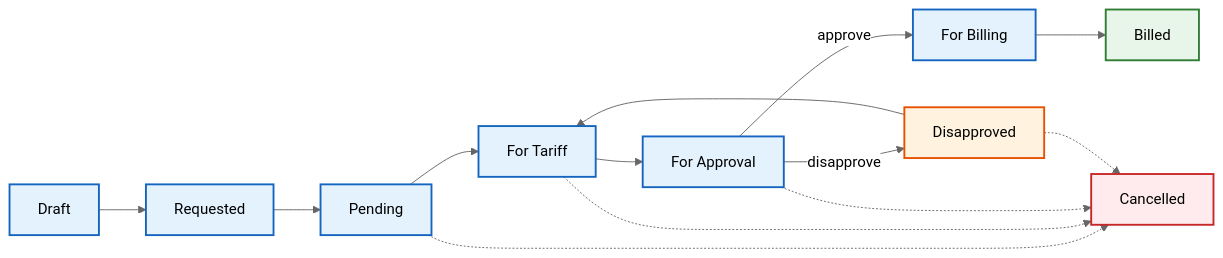
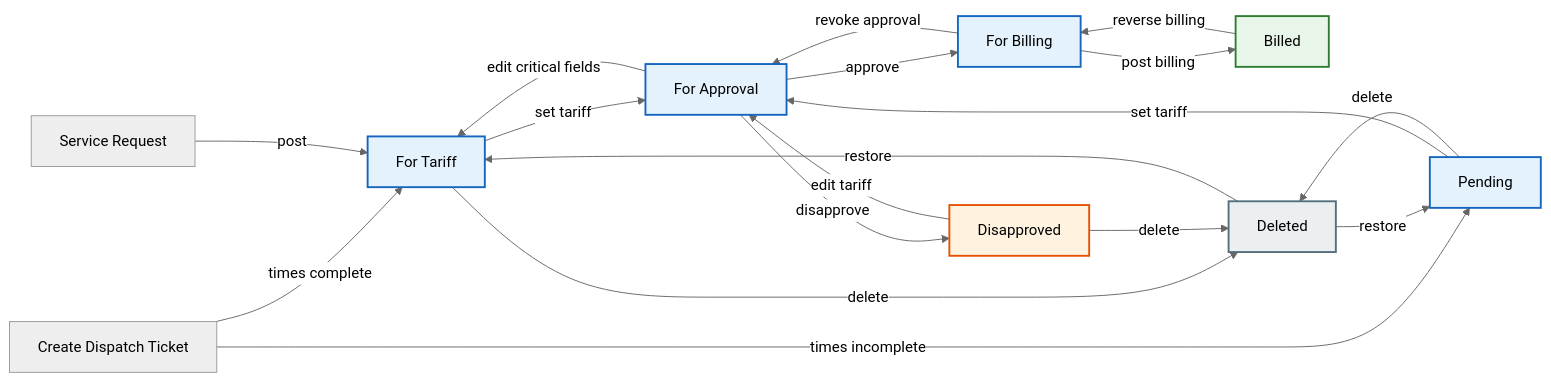
The diagram in Docs/manual/02-dispatch-ticket.md (fri-mis-enterprise/MMSI.IBS), drawn with Mermaid (neutral theme) before and after one commit. The commit also changed other lines of this file and 5 other files, not shown here.

Commit message:
docs: correct MSAP workflow charts to match UI flow + add workflow design review

````diff
--- a/Docs/manual/02-dispatch-ticket.md
+++ b/Docs/manual/02-dispatch-ticket.md
@@ -7,25 +9,36 @@
 ```mermaid
 graph LR
-    Draft --> Requested
-    Requested --> Pending
-    Pending --> ForTariff[For Tariff]
-    ForTariff --> ForApproval[For Approval]
+    %% Entry points
+    Create[Create Dispatch Ticket] -->|times complete| ForTariff[For Tariff]
+    Create -->|times incomplete| Pending
+    SR[Service Request] -->|post| ForTariff
+
+    %% Main flow
+    Pending -->|set tariff| ForApproval[For Approval]
+    ForTariff -->|set tariff| ForApproval
     ForApproval -->|approve| ForBilling[For Billing]
     ForApproval -->|disapprove| Disapproved
-    Disapproved --> ForTariff
-    ForBilling --> Billed
+    Disapproved -->|edit tariff| ForApproval
+    ForBilling -->|post billing| Billed
+    ForBilling -->|revoke approval| ForApproval
+    Billed -->|reverse billing| ForBilling
 
-    Pending -.-> Cancelled
-    ForTariff -.-> Cancelled
-    ForApproval -.-> Cancelled
-    Disapproved -.-> Cancelled
+    %% Edit resets tariff on critical change
+    ForApproval -->|edit critical fields| ForTariff
+
+    %% Soft delete / restore
+    Pending -->|delete| Deleted
+    ForTariff -->|delete| Deleted
+    Disapproved -->|delete| Deleted
+    Deleted -->|restore| ForTariff
+    Deleted -->|restore| Pending
 
     classDef main fill:#e3f2fd,stroke:#1565c0,stroke-width:2px;
     classDef billed fill:#e8f5e9,stroke:#2e7d32,stroke-width:2px;
-    classDef cancelled fill:#ffebee,stroke:#c62828,stroke-width:2px;
     classDef disapproved fill:#fff3e0,stroke:#e65100,stroke-width:2px;
-    class Draft,Requested,Pending,ForTariff,ForApproval,ForBilling main;
+    classDef deleted fill:#eceff1,stroke:#546e7a,stroke-width:2px;
+    class Pending,ForTariff,ForApproval,ForBilling main;
     class Disapproved disapproved;
     class Billed billed;
-    class Cancelled cancelled;
+    class Deleted deleted;
 ```
````
